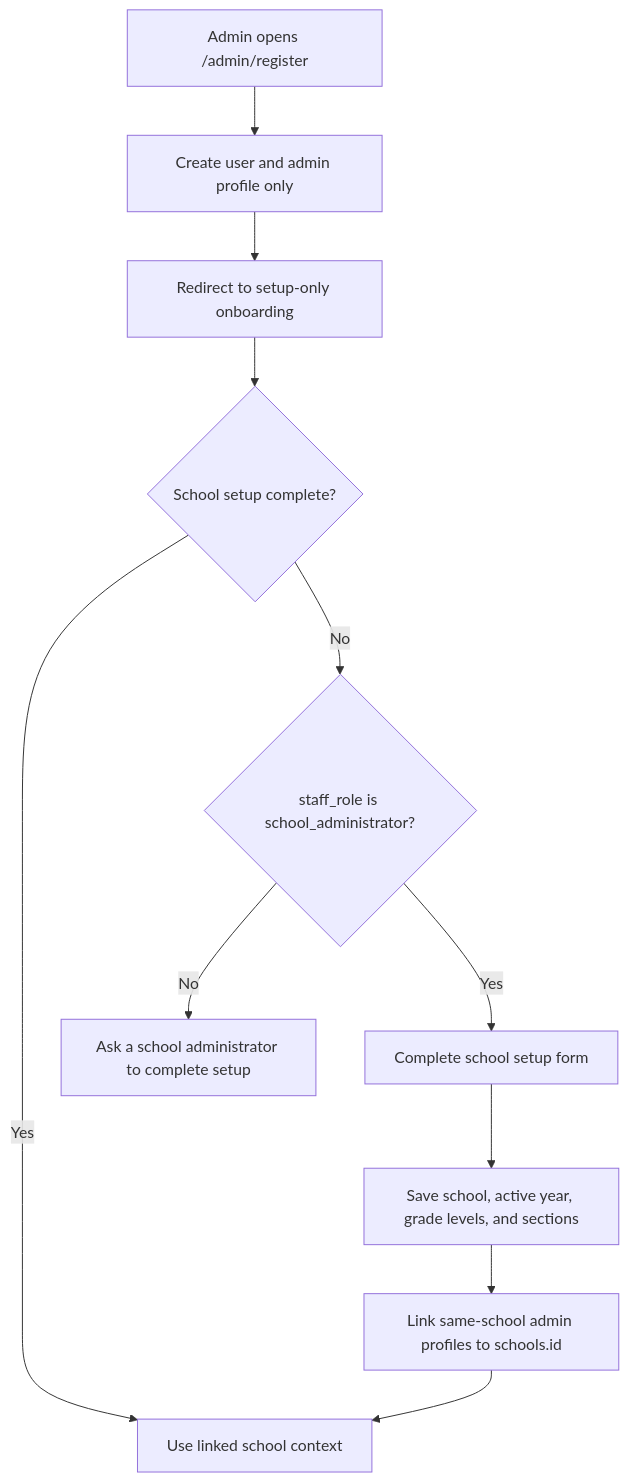
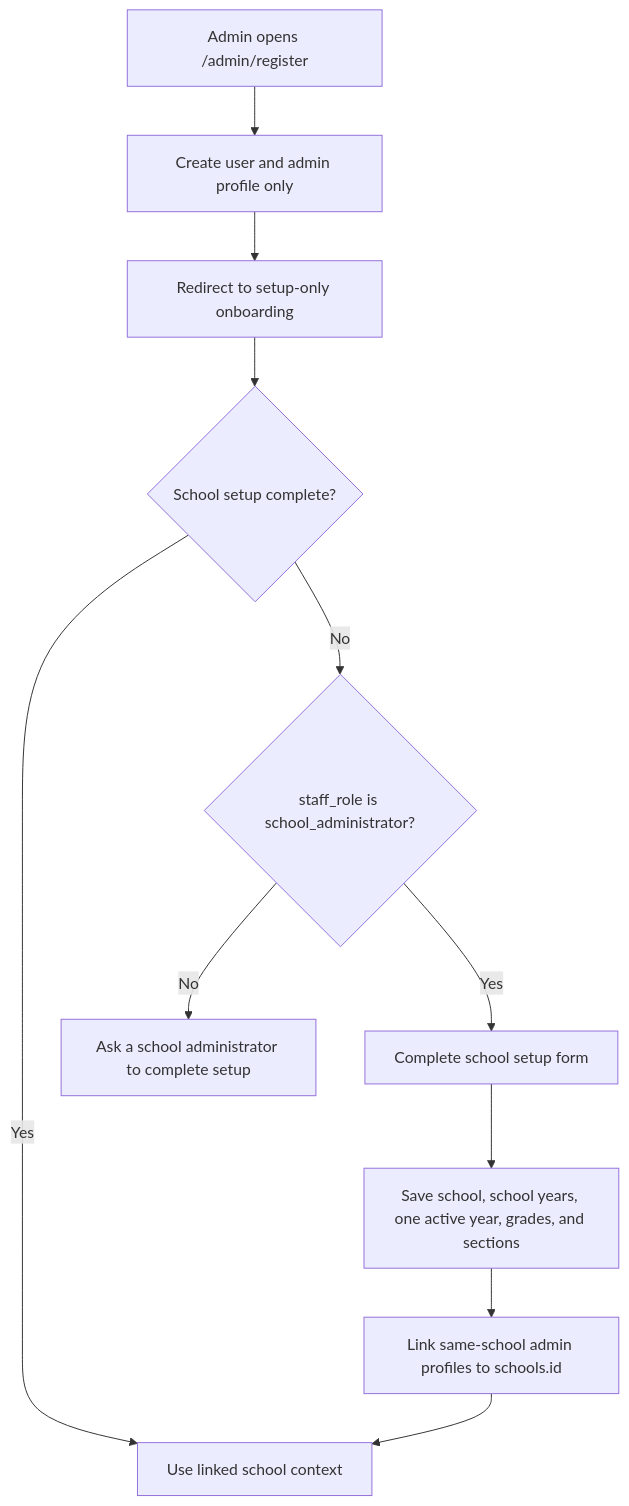
Before and after one commit to Xeyn19/xmetapay: the second of 7 diagrams in docs/DATABASE_SCHEMA_PLAN.md, drawn with Mermaid. The commit also changed other lines of this file and 16 other files, not shown here.

````diff
--- a/docs/DATABASE_SCHEMA_PLAN.md
+++ b/docs/DATABASE_SCHEMA_PLAN.md
@@ -675,13 +675,13 @@
 ```mermaid
 flowchart TD
   A["Admin opens /admin/register"] --> B["Create user and admin profile only"]
   B --> C["Redirect to setup-only onboarding"]
   C --> D{"School setup complete?"}
   D -->|Yes| E["Use linked school context"]
   D -->|No| F{"staff_role is school_administrator?"}
   F -->|No| G["Ask a school administrator to complete setup"]
   F -->|Yes| H["Complete school setup form"]
-  H --> I["Save school, active year, grade levels, and sections"]
+  H --> I["Save school, school years, one active year, grades, and sections"]
   I --> J["Link same-school admin profiles to schools.id"]
   J --> E
 ```
````
